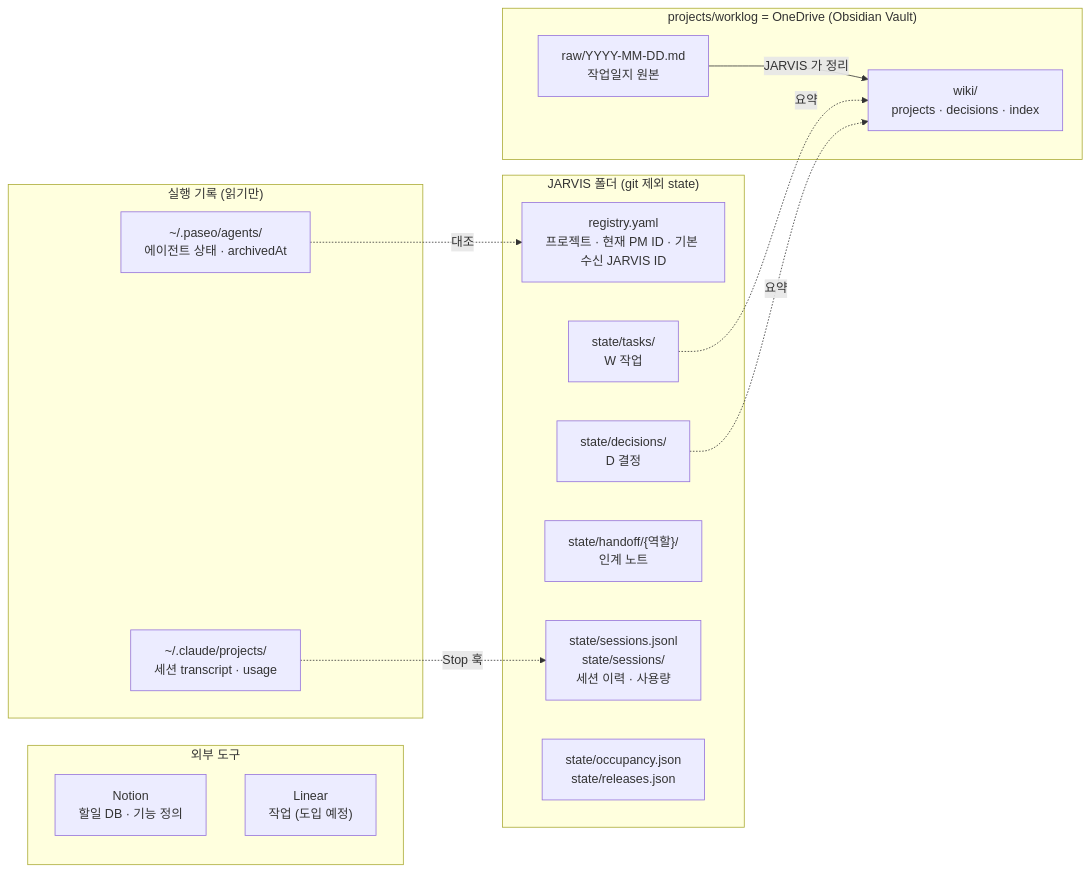
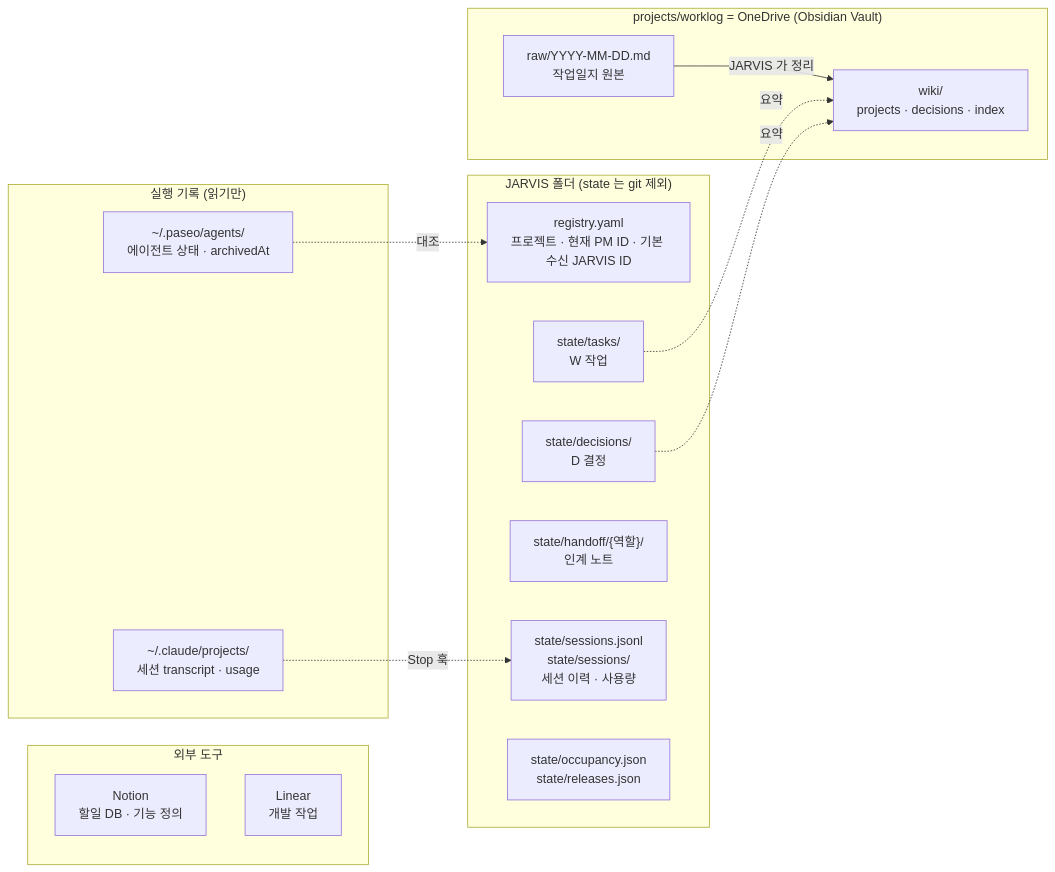
The first of 2 diagrams in docs/01_State_Memory_Management.md (smdeveloper7/jarvis), drawn with Mermaid before and after one commit. The commit also changed other lines of this file and 6 other files, not shown here.

````diff
--- a/docs/01_State_Memory_Management.md
+++ b/docs/01_State_Memory_Management.md
@@ -21,32 +45,32 @@
 ```mermaid
 flowchart LR
-    subgraph JARVIS["JARVIS 폴더 (git 제외 state)"]
+    subgraph JARVIS["JARVIS 폴더 (state 는 git 제외)"]
         REG["registry.yaml<br/>프로젝트 · 현재 PM ID · 기본 수신 JARVIS ID"]
         TASK["state/tasks/<br/>W 작업"]
         DEC["state/decisions/<br/>D 결정"]
         HO["state/handoff/{역할}/<br/>인계 노트"]
         SES["state/sessions.jsonl<br/>state/sessions/<br/>세션 이력 · 사용량"]
         ETC["state/occupancy.json<br/>state/releases.json"]
     end
 
     subgraph WL["projects/worklog = OneDrive (Obsidian Vault)"]
         RAW["raw/YYYY-MM-DD.md<br/>작업일지 원본"]
         WIKI["wiki/<br/>projects · decisions · index"]
     end
 
     subgraph EXT["외부 도구"]
         NOTION["Notion<br/>할일 DB · 기능 정의"]
-        LINEAR["Linear<br/>작업 (도입 예정)"]
+        LINEAR["Linear<br/>개발 작업"]
     end
 
     subgraph RT["실행 기록 (읽기만)"]
         PASEO["~/.paseo/agents/<br/>에이전트 상태 · archivedAt"]
         CC["~/.claude/projects/<br/>세션 transcript · usage"]
     end
 
     RAW -->|"JARVIS 가 정리"| WIKI
     TASK -.->|"요약"| WIKI
     DEC -.->|"요약"| WIKI
     PASEO -.->|"대조"| REG
     CC -.->|"Stop 훅"| SES
 ```
````
